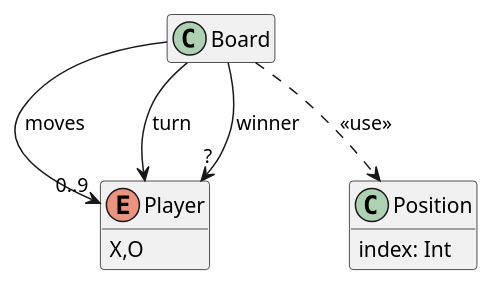
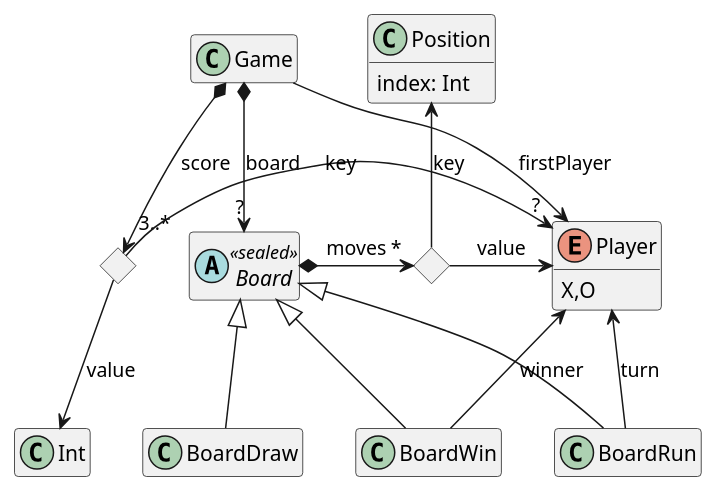
Before and after one commit to isel-leic-tds/2425i.31d: the diagram in Galo/src/main/kotlin/isel/leic/tds/ttt/model/Model.puml, drawn with PlantUML. The commit also changed 7 other files, not shown here.

```diff
--- a/Galo/src/main/kotlin/isel/leic/tds/ttt/model/Model.puml
+++ b/Galo/src/main/kotlin/isel/leic/tds/ttt/model/Model.puml
@@ -1,20 +1,32 @@
 @startuml
 
 hide empty members
 
-class Board
+abstract class Board <<sealed>>
+Board <|-- BoardRun
+Board <|-- BoardWin
+Board <|-- BoardDraw
+
+Game *--> "?" Board: board
+Game -> Player : firstPlayer
 
 enum Player {
     X,O
 }
 
 class Position {
     index: Int
 }
 
-Board --> "0..9" Player : "moves "
-Board --> Player : "turn      "
-Board ..> Position : <<use>>
-Board --> "?" Player : winner
+<> Moves
+Board *-> "*" Moves : "moves"
+Position <-down- Moves : key
+Moves -> Player : value
+BoardRun -up-> Player : "turn       "
+BoardWin -up-> Player : winner
 
+<> Score
+Game *--> "3..*" Score : score
+Score --> Int : value
+Score -> "?" Player : key
 @enduml
```
